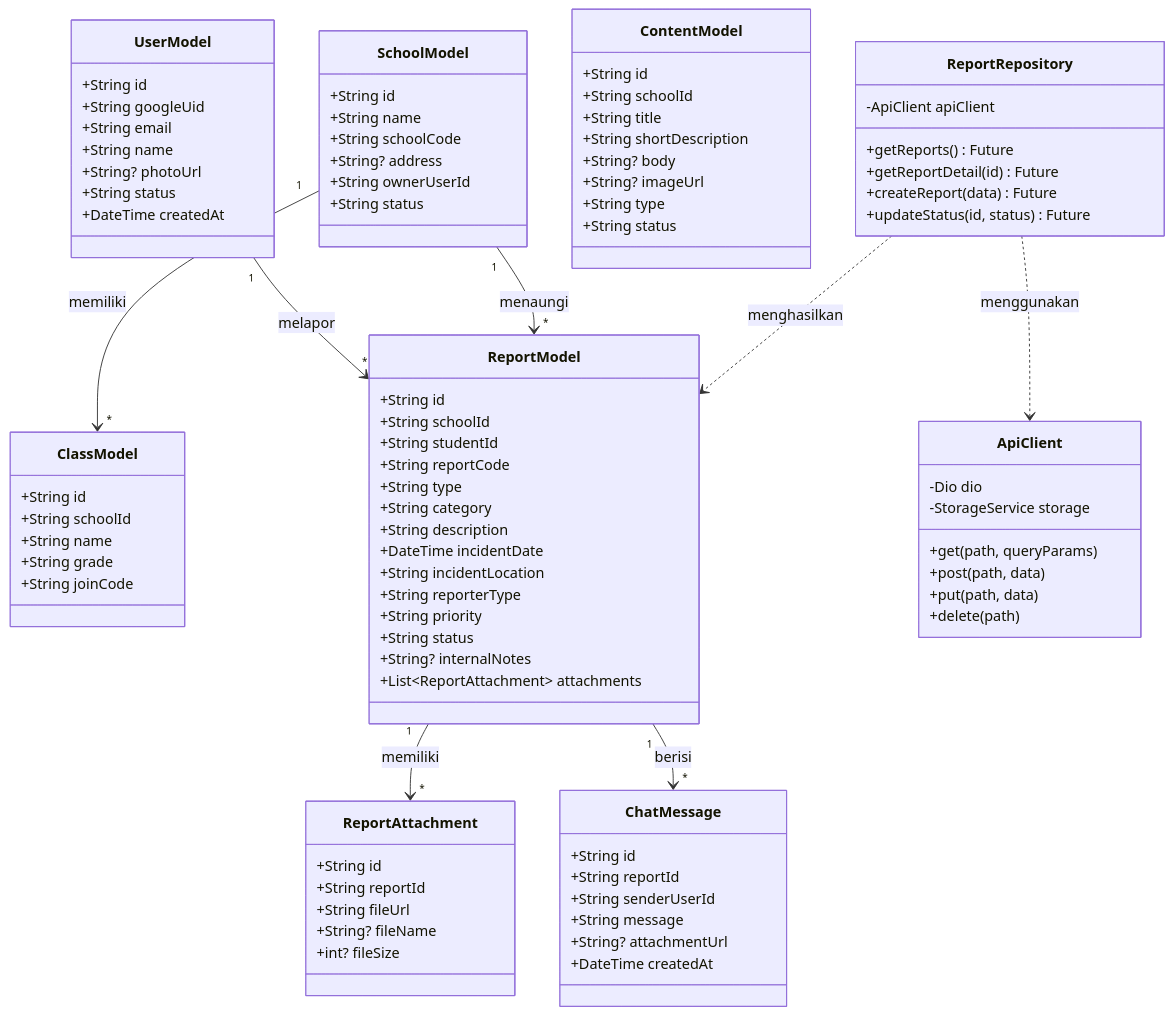
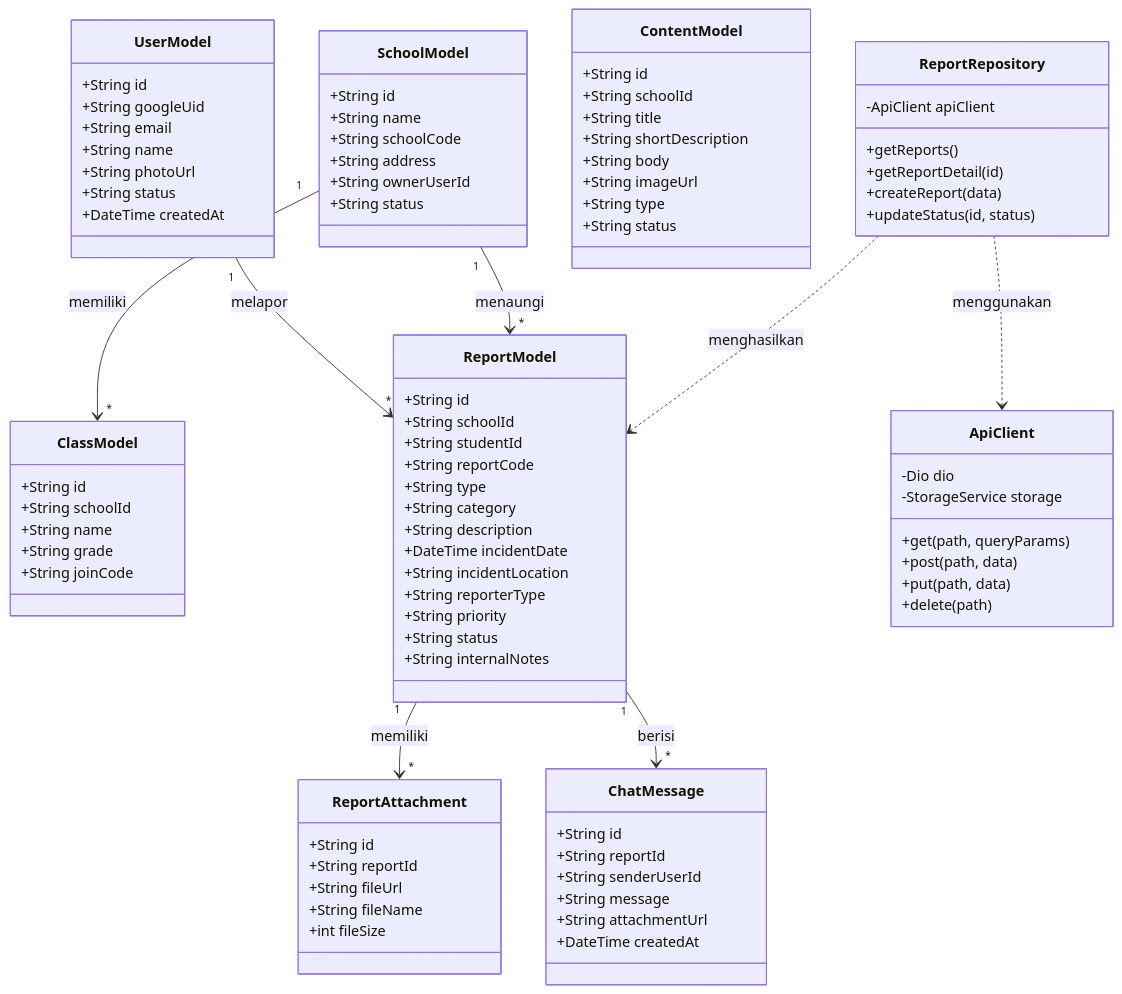
Before and after one commit to wahyuhidayatwyh-boop/APK-suarasiswa: the fifth of 7 diagrams in README.md, drawn with Mermaid. The commit also changed other lines of this file, not shown here.

Commit message:
fix(docs): optimize mermaid diagrams syntax for GitHub markdown renderer

```diff
--- a/README.md
+++ b/README.md
@@ -218,7 +218,7 @@
         +String googleUid
         +String email
         +String name
-        +String? photoUrl
+        +String photoUrl
         +String status
         +DateTime createdAt
     }
@@ -227,7 +227,7 @@
         +String id
         +String name
         +String schoolCode
-        +String? address
+        +String address
         +String ownerUserId
         +String status
     }
@@ -253,16 +253,15 @@
         +String reporterType
         +String priority
         +String status
-        +String? internalNotes
-        +List~ReportAttachment~ attachments
+        +String internalNotes
     }
 
     class ReportAttachment {
         +String id
         +String reportId
         +String fileUrl
-        +String? fileName
-        +int? fileSize
+        +String fileName
+        +int fileSize
     }
 
     class ChatMessage {
@@ -270,7 +269,7 @@
         +String reportId
         +String senderUserId
         +String message
-        +String? attachmentUrl
+        +String attachmentUrl
         +DateTime createdAt
     }
 
@@ -279,8 +278,8 @@
         +String schoolId
         +String title
         +String shortDescription
-        +String? body
-        +String? imageUrl
+        +String body
+        +String imageUrl
         +String type
         +String status
     }
@@ -296,10 +295,10 @@
 
     class ReportRepository {
         -ApiClient apiClient
-        +getReports() Future
-        +getReportDetail(id) Future
-        +createReport(data) Future
-        +updateStatus(id, status) Future
+        +getReports()
+        +getReportDetail(id)
+        +createReport(data)
+        +updateStatus(id, status)
     }
 
     UserModel "1" --> "*" ReportModel : melapor
```
